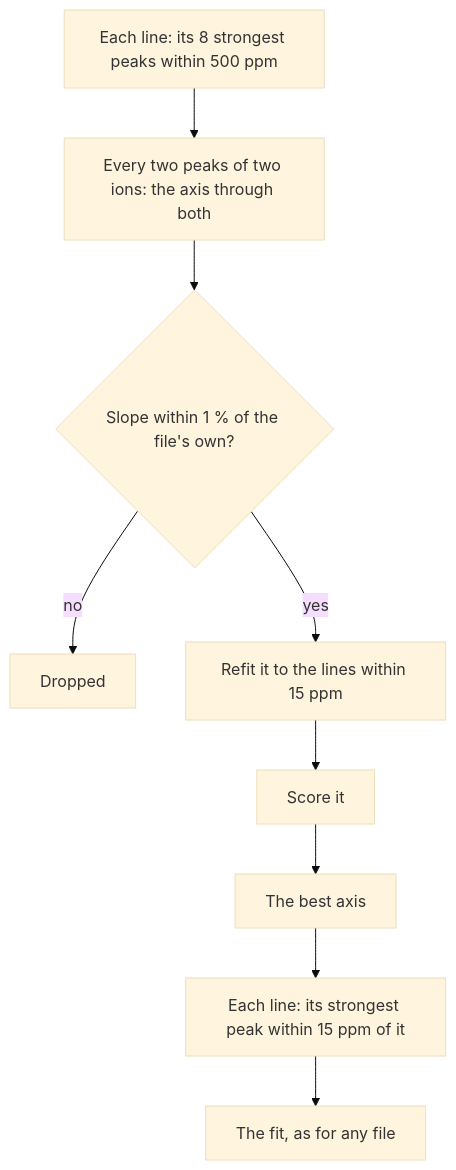
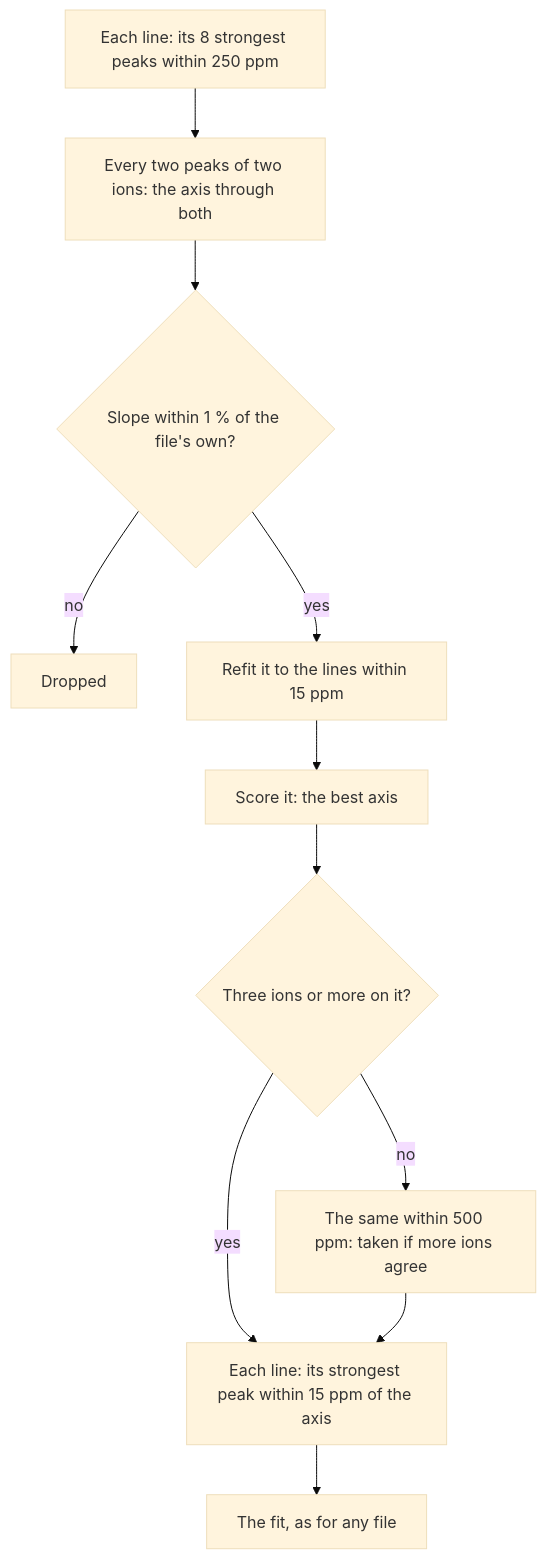
Before and after one commit to ultra-trace-systems/mascope: the first of 2 diagrams in docs/user/how-it-works/calibration.md, drawn with Mermaid (base theme). The commit also changed other lines of this file and 7 other files, not shown here.

````diff
--- a/docs/user/how-it-works/calibration.md
+++ b/docs/user/how-it-works/calibration.md
@@ -45,11 +45,13 @@
 ```mermaid
 flowchart TD
-  A["Each line: its 8 strongest peaks within 500 ppm"] --> B[Every two peaks of two ions: the axis through both]
+  A["Each line: its 8 strongest peaks within 250 ppm"] --> B[Every two peaks of two ions: the axis through both]
   B --> C{"Slope within 1 % of the file's own?"}
   C -- no --> X[Dropped]
   C -- yes --> D[Refit it to the lines within 15 ppm]
-  D --> E[Score it]
-  E --> F[The best axis]
-  F --> G["Each line: its strongest peak within 15 ppm of it"]
+  D --> E[Score it: the best axis]
+  E --> W{"Three ions or more on it?"}
+  W -- no --> V["The same within 500 ppm: taken if more ions agree"]
+  W -- yes --> G
+  V --> G["Each line: its strongest peak within 15 ppm of the axis"]
   G --> H[The fit, as for any file]
 ```
````
